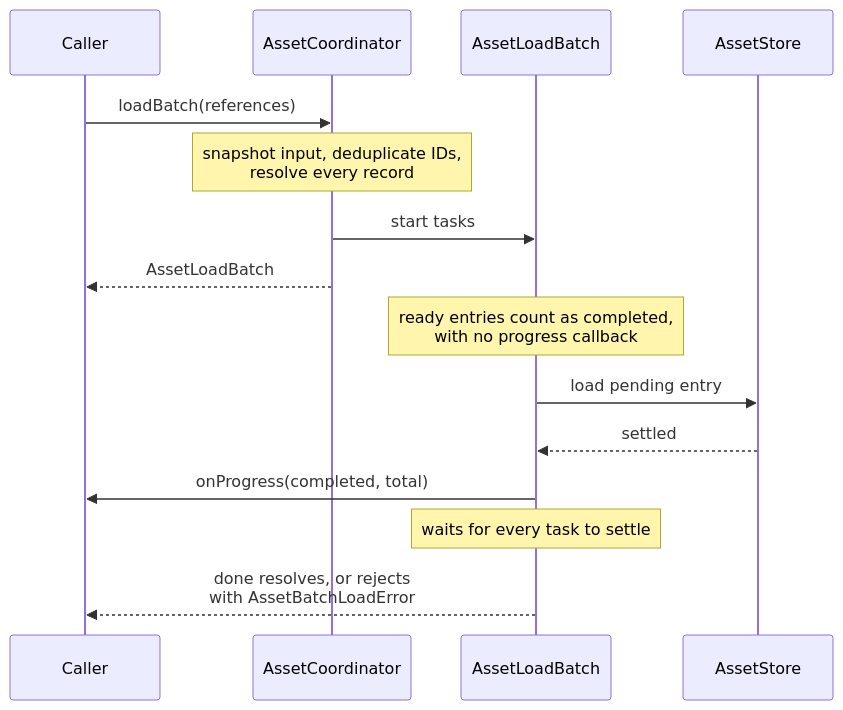
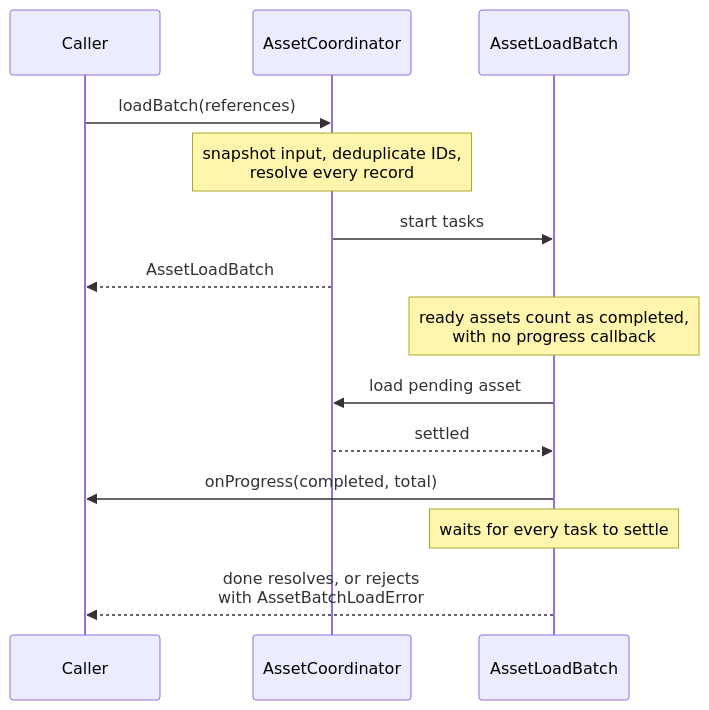
One commit to JollyPixel/editor changed the third of 3 diagrams in packages/asset/docs/concepts/runtime-loading-architecture.md. Above: the diagram before and after it, drawn with Mermaid. The commit also changed other lines of this file and 64 other files, not shown here.

````diff
--- a/packages/asset/docs/concepts/runtime-loading-architecture.md
+++ b/packages/asset/docs/concepts/runtime-loading-architecture.md
@@ -79,18 +76,17 @@
 ```mermaid
 sequenceDiagram
     participant Caller
     participant Coordinator as AssetCoordinator
     participant Batch as AssetLoadBatch
-    participant Store as AssetStore
 
     Caller->>Coordinator: loadBatch(references)
     Note over Coordinator: snapshot input, deduplicate IDs,<br/>resolve every record
     Coordinator->>Batch: start tasks
     Coordinator-->>Caller: AssetLoadBatch
-    Note over Batch: ready entries count as completed,<br/>with no progress callback
-    Batch->>Store: load pending entry
-    Store-->>Batch: settled
+    Note over Batch: ready assets count as completed,<br/>with no progress callback
+    Batch->>Coordinator: load pending asset
+    Coordinator-->>Batch: settled
     Batch->>Caller: onProgress(completed, total)
     Note over Batch: waits for every task to settle
     Batch-->>Caller: done resolves, or rejects<br/>with AssetBatchLoadError
 ```
````
